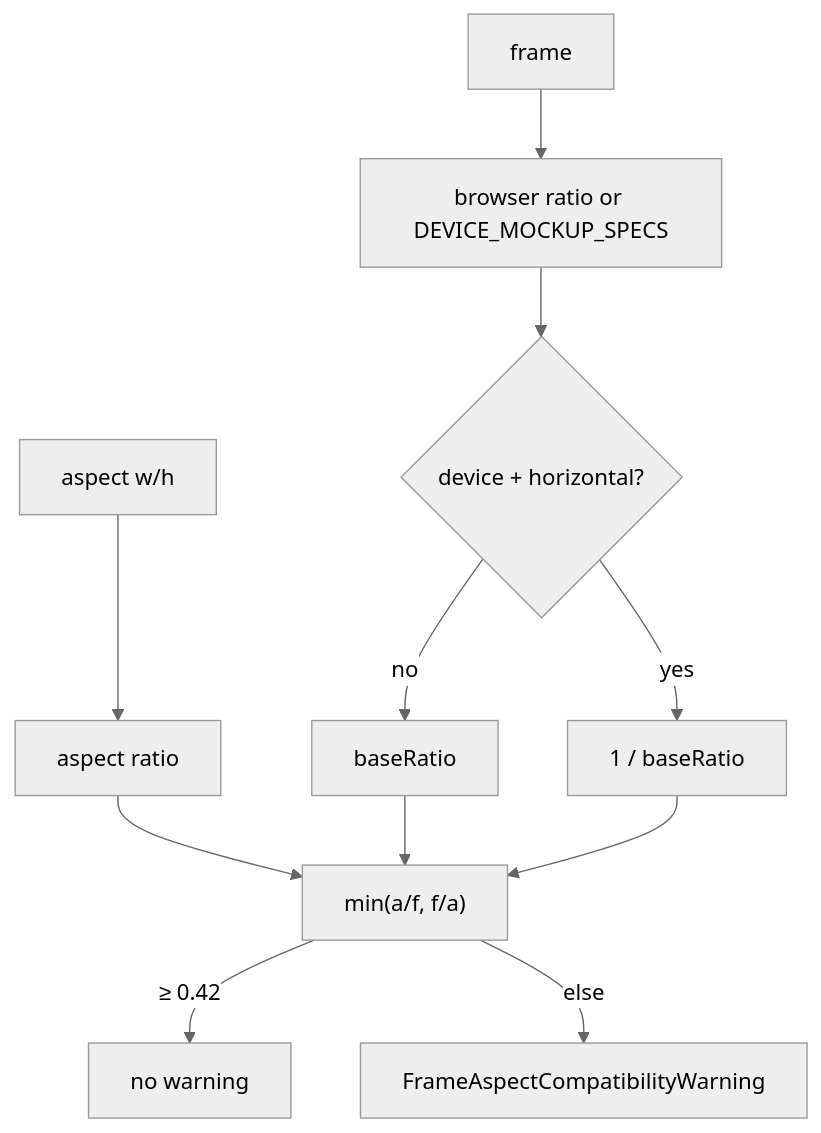
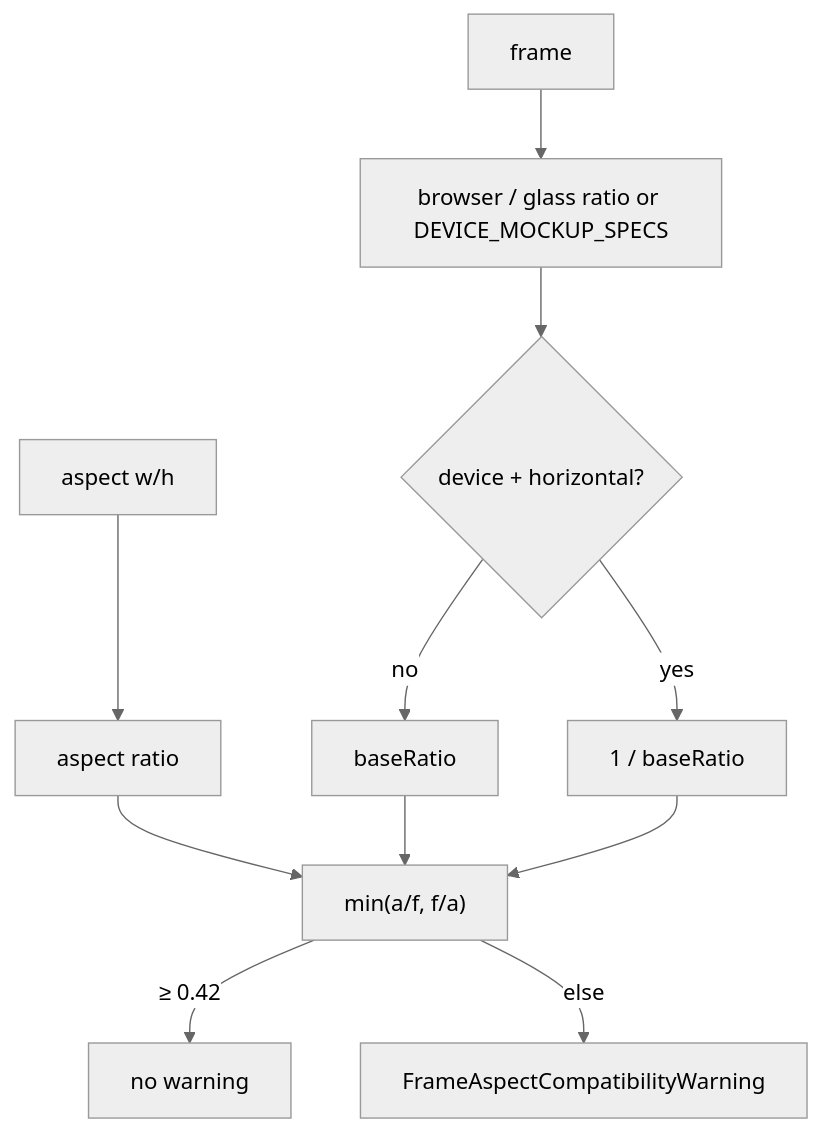
One commit to ShivaBhattacharjee/Tokokino changed the first of 3 diagrams in wiki/core/device-frames.md. Above: the diagram before and after it, drawn with Mermaid (neutral theme). The commit also changed other lines of this file and 13 other files, not shown here.

First line of the commit message:
docs: ascii backdrop wiki page, device frame updates, export file map

````diff
--- a/wiki/core/device-frames.md
+++ b/wiki/core/device-frames.md
@@ -107,13 +161,13 @@
 ```mermaid
 flowchart TD
   A["aspect w/h"] --> R["aspect ratio"]
-  F["frame"] --> FR["browser ratio or DEVICE_MOCKUP_SPECS"]
+  F["frame"] --> FR["browser / glass ratio or DEVICE_MOCKUP_SPECS"]
   FR --> Rot{"device + horizontal?"}
   Rot -->|yes| Inv["1 / baseRatio"]
   Rot -->|no| Base["baseRatio"]
   R --> Cov["min(a/f, f/a)"]
   Base --> Cov
   Inv --> Cov
   Cov -->|≥ 0.42| OK["no warning"]
   Cov -->|else| W["FrameAspectCompatibilityWarning"]
 ```
````
